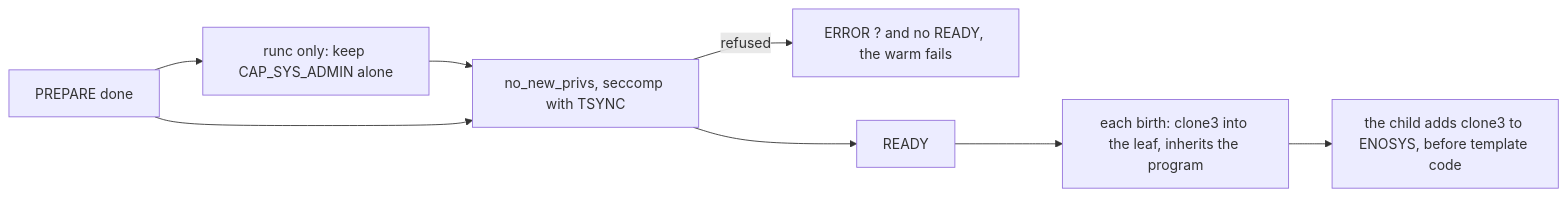
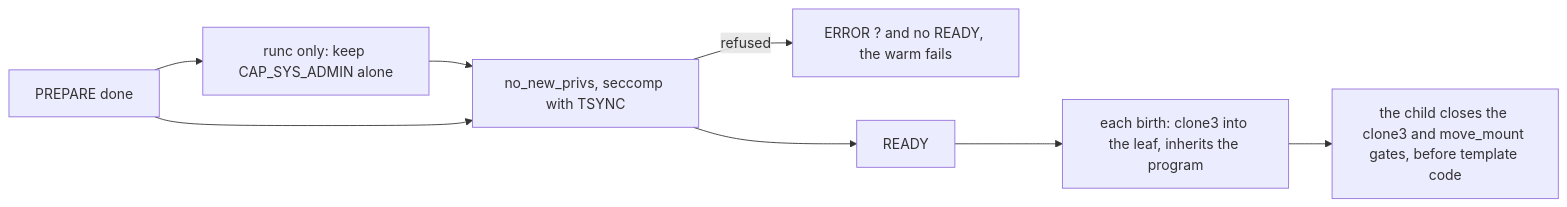
The diagram in docs/design/seccomp.md (helayoty/fiberd), drawn with Mermaid before and after one commit. The commit also changed other lines of this file and 5 other files, not shown here.

Commit message:
Move a runc fiber's workspace through a move_mount gate

````diff
--- a/docs/design/seccomp.md
+++ b/docs/design/seccomp.md
@@ -11,10 +11,10 @@
 ```mermaid
 flowchart LR
   P[PREPARE done] --> C["runc only: keep CAP_SYS_ADMIN alone"]
   C --> F["no_new_privs, seccomp with TSYNC"]
   P --> F
   F -->|refused| E["ERROR ? and no READY, the warm fails"]
   F --> R[READY]
   R --> B["each birth: clone3 into the leaf, inherits the program"]
-  B --> K["the child adds clone3 to ENOSYS, before template code"]
+  B --> K["the child closes the clone3 and move_mount gates, before template code"]
 ```
````
